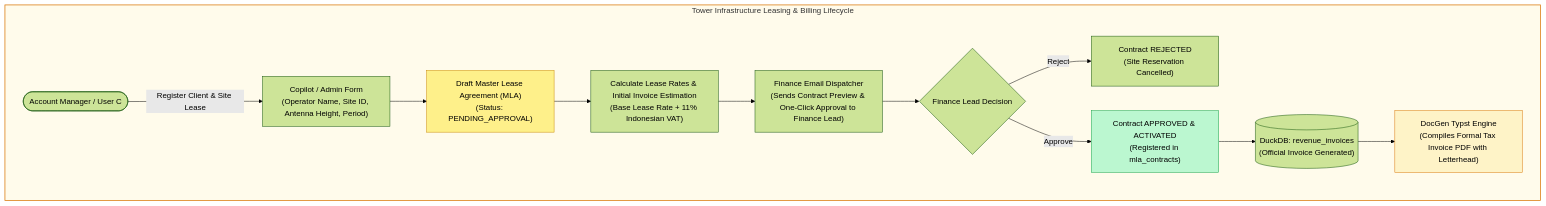
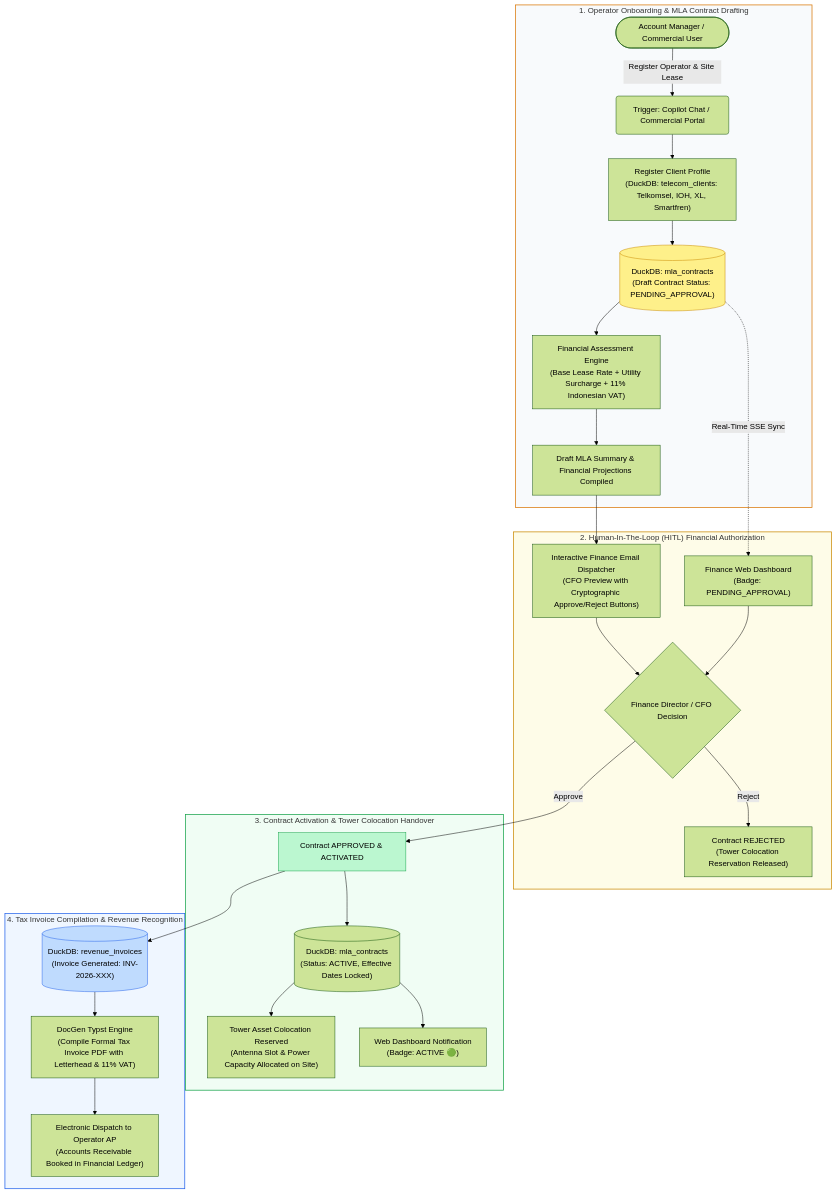
One commit to daffaarigoh/AutoRestock-Agent changed the fourth of 5 diagrams in README.md. Above: the diagram before and after it, drawn with Mermaid (forest theme). The commit also changed other lines of this file, not shown here.

Commit message:
docs: standardize Pipeline B and C flowcharts with 4 structured phases matching Pipeline A

````diff
--- a/README.md
+++ b/README.md
@@ -158,20 +177,42 @@
 ```mermaid
 flowchart TD
-    subgraph C_Workflow ["Tower Infrastructure Leasing & Billing Lifecycle"]
-        C1([Account Manager / User C]) -->|Register Client & Site Lease| C2["Copilot / Admin Form<br/>(Operator Name, Site ID, Antenna Height, Period)"]
-        C2 --> C3["Draft Master Lease Agreement (MLA)<br/>(Status: PENDING_APPROVAL)"]
-        C3 --> C4["Calculate Lease Rates & Initial Invoice Estimation<br/>(Base Lease Rate + 11% Indonesian VAT)"]
-        C4 --> C5["Finance Email Dispatcher<br/>(Sends Contract Preview & One-Click Approval to Finance Lead)"]
-        
-        C5 --> C6{"Finance Lead Decision"}
-        C6 -->|Reject| C7["Contract REJECTED<br/>(Site Reservation Cancelled)"]
-        C6 -->|Approve| C8["Contract APPROVED & ACTIVATED<br/>(Registered in mla_contracts)"]
-        C8 --> C9[("DuckDB: revenue_invoices<br/>(Official Invoice Generated)")]
-        C9 --> C10["DocGen Typst Engine<br/>(Compiles Formal Tax Invoice PDF with Letterhead)"]
+    %% PHASE 1: REGISTRATION & CONTRACT DRAFTING
+    subgraph C_Phase1 ["1. Operator Onboarding & MLA Contract Drafting"]
+        C1([Account Manager / Commercial User]) -->|Register Operator & Site Lease| C2("Trigger: Copilot Chat / Commercial Portal")
+        C2 --> C3["Register Client Profile<br/>(DuckDB: telecom_clients: Telkomsel, IOH, XL, Smartfren)"]
+        C3 --> C4[("DuckDB: mla_contracts<br/>(Draft Contract Status: PENDING_APPROVAL)")]
+        C4 --> C5["Financial Assessment Engine<br/>(Base Lease Rate + Utility Surcharge + 11% Indonesian VAT)"]
+        C5 --> C6["Draft MLA Summary & Financial Projections Compiled"]
     end
 
-    style C_Workflow fill:#fffbeb,stroke:#d97706,stroke-width:1.5px
-    style C3 fill:#fef08a,stroke:#ca8a04
-    style C8 fill:#bbf7d0,stroke:#16a34a
-    style C10 fill:#fef3c7,stroke:#d97706
+    %% PHASE 2: FINANCIAL HITL AUTHORIZATION
+    subgraph C_Phase2 ["2. Human-In-The-Loop (HITL) Financial Authorization"]
+        C6 --> C7["Interactive Finance Email Dispatcher<br/>(CFO Preview with Cryptographic Approve/Reject Buttons)"]
+        C4 -.->|Real-Time SSE Sync| C8["Finance Web Dashboard<br/>(Badge: PENDING_APPROVAL)"]
+        C7 & C8 --> C9{"Finance Director / CFO Decision"}
+        C9 -->|Reject| C10["Contract REJECTED<br/>(Tower Colocation Reservation Released)"]
+    end
+
+    %% PHASE 3: CONTRACT ACTIVATION & SITE HANDOVER
+    subgraph C_Phase3 ["3. Contract Activation & Tower Colocation Handover"]
+        C9 -->|Approve| C11["Contract APPROVED & ACTIVATED"]
+        C11 --> C12[("DuckDB: mla_contracts<br/>(Status: ACTIVE, Effective Dates Locked)")]
+        C12 --> C13["Tower Asset Colocation Reserved<br/>(Antenna Slot & Power Capacity Allocated on Site)"]
+        C12 --> C14["Web Dashboard Notification<br/>(Badge: ACTIVE 🟢)"]
+    end
+
+    %% PHASE 4: TAX INVOICE COMPILATION & REVENUE RECOGNITION
+    subgraph C_Phase4 ["4. Tax Invoice Compilation & Revenue Recognition"]
+        C11 --> C15[("DuckDB: revenue_invoices<br/>(Invoice Generated: INV-2026-XXX)")]
+        C15 --> C16["DocGen Typst Engine<br/>(Compile Formal Tax Invoice PDF with Letterhead & 11% VAT)"]
+        C16 --> C17["Electronic Dispatch to Operator AP<br/>(Accounts Receivable Booked in Financial Ledger)"]
+    end
+
+    style C_Phase1 fill:#f8fafc,stroke:#d97706,stroke-width:1.5px
+    style C_Phase2 fill:#fefce8,stroke:#ca8a04,stroke-width:1.5px
+    style C_Phase3 fill:#f0fdf4,stroke:#16a34a,stroke-width:1.5px
+    style C_Phase4 fill:#eff6ff,stroke:#2563eb,stroke-width:1.5px
+    style C4 fill:#fef08a,stroke:#ca8a04
+    style C11 fill:#bbf7d0,stroke:#16a34a
+    style C15 fill:#bfdbfe,stroke:#2563eb
 ```
````
